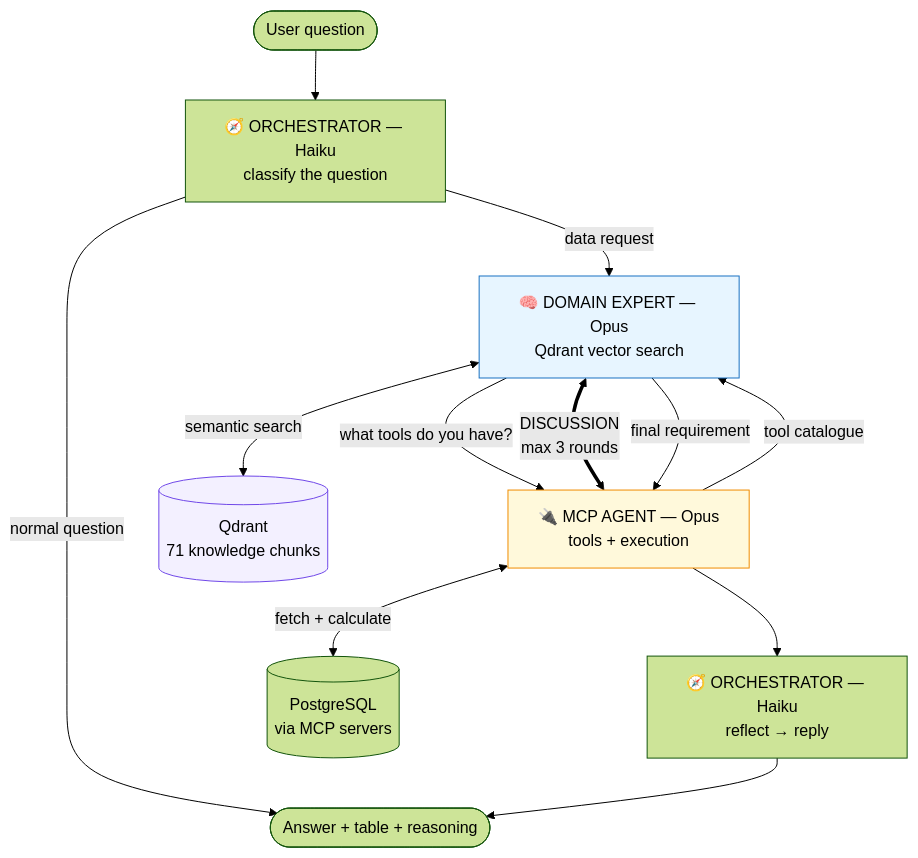
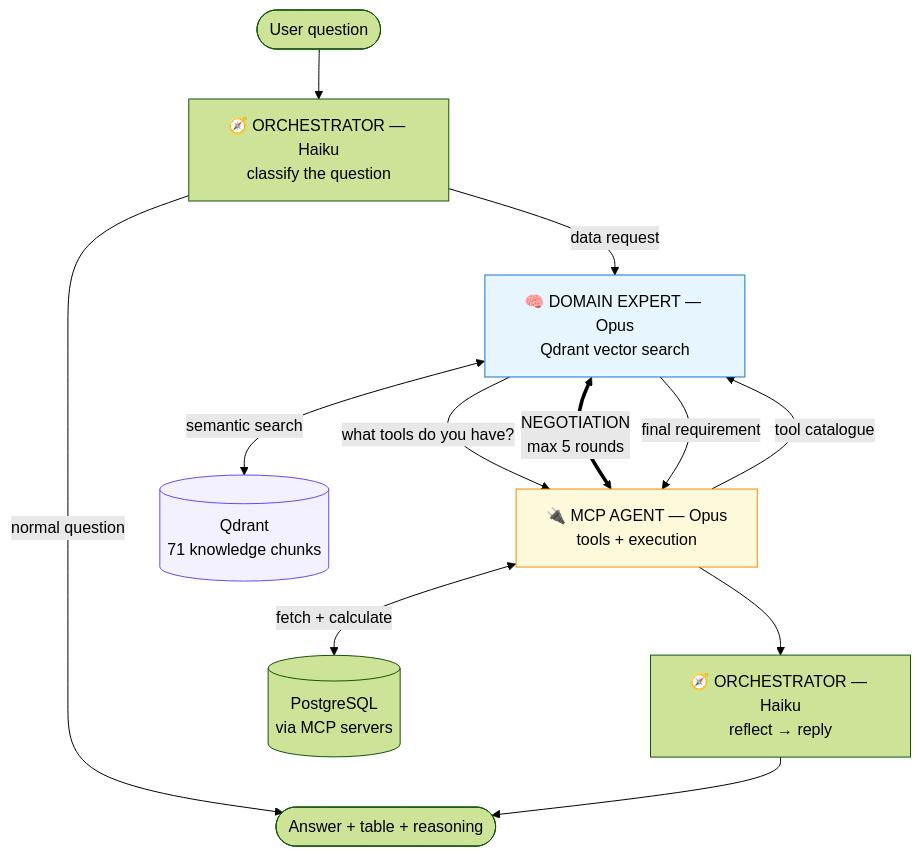
One commit to KrishnaAnnavaram/semantic-mcp-data-access-gateway changed the diagram in agents/README.md. Above: the diagram before and after it, drawn with Mermaid (forest theme). The commit also changed other lines of this file and 59 other files, not shown here.

````diff
--- a/agents/README.md
+++ b/agents/README.md
@@ -16,27 +16,27 @@
 ```mermaid
 flowchart TD
     U([User question])
     O["🧭 ORCHESTRATOR — Haiku<br/>classify the question"]
     D["🧠 DOMAIN EXPERT — Opus<br/>Qdrant vector search"]
     M["🔌 MCP AGENT — Opus<br/>tools + execution"]
     Q[("Qdrant<br/>71 knowledge chunks")]
     PG[("PostgreSQL<br/>via MCP servers")]
     R["🧭 ORCHESTRATOR — Haiku<br/>reflect → reply"]
     A([Answer + table + reasoning])
 
     U --> O
     O -->|"normal question"| A
     O -->|"data request"| D
     D <-->|"semantic search"| Q
     D -->|"what tools do you have?"| M
     M -->|"tool catalogue"| D
-    D <==>|"DISCUSSION<br/>max 3 rounds"| M
+    D <==>|"NEGOTIATION<br/>max 5 rounds"| M
     D -->|"final requirement"| M
     M <-->|"fetch + calculate"| PG
     M --> R
     R --> A
 
     style D fill:#e7f5ff,stroke:#1971c2,color:#000
     style M fill:#fff9db,stroke:#f08c00,color:#000
     style Q fill:#f3f0ff,stroke:#7048e8,color:#000
 ```
````
